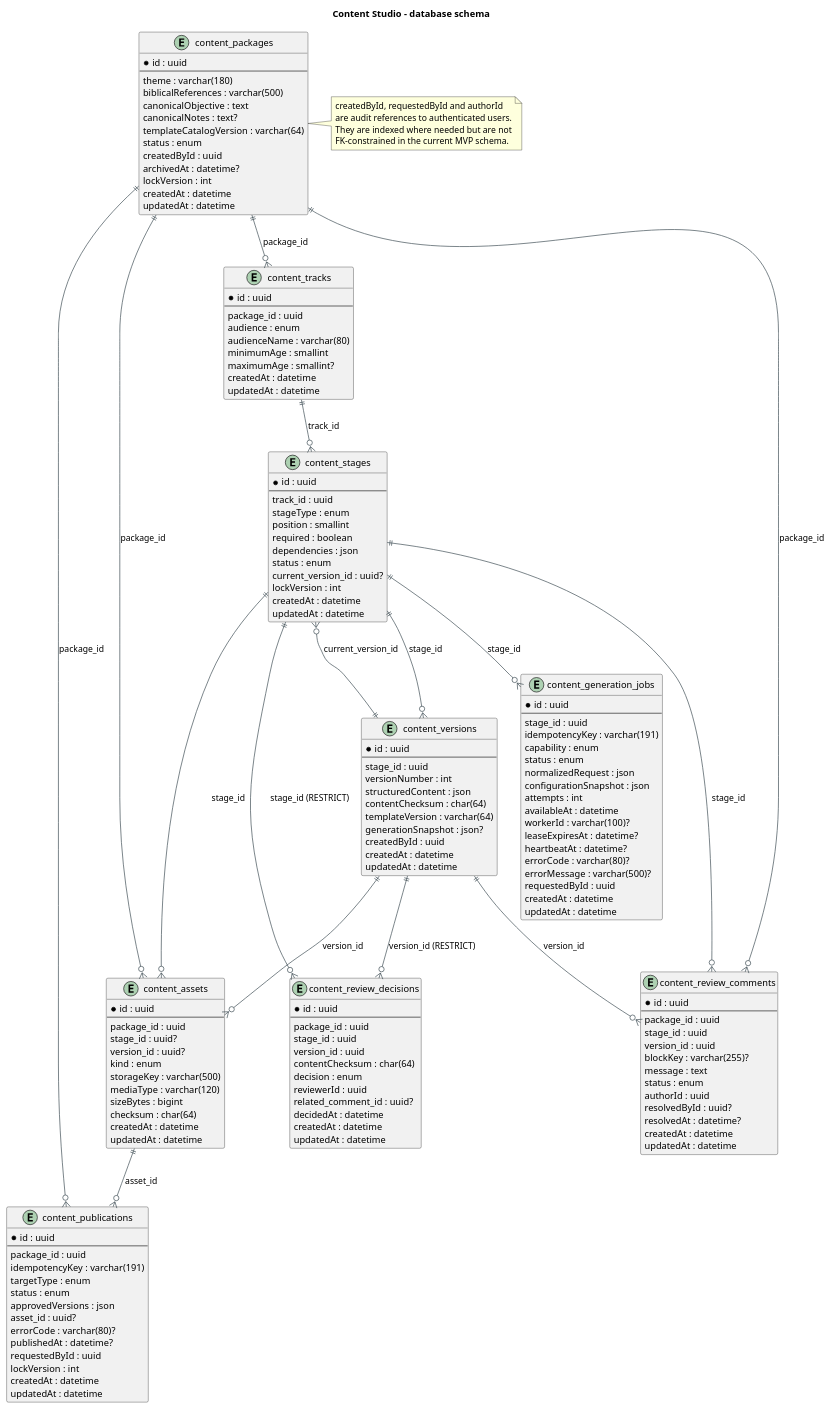
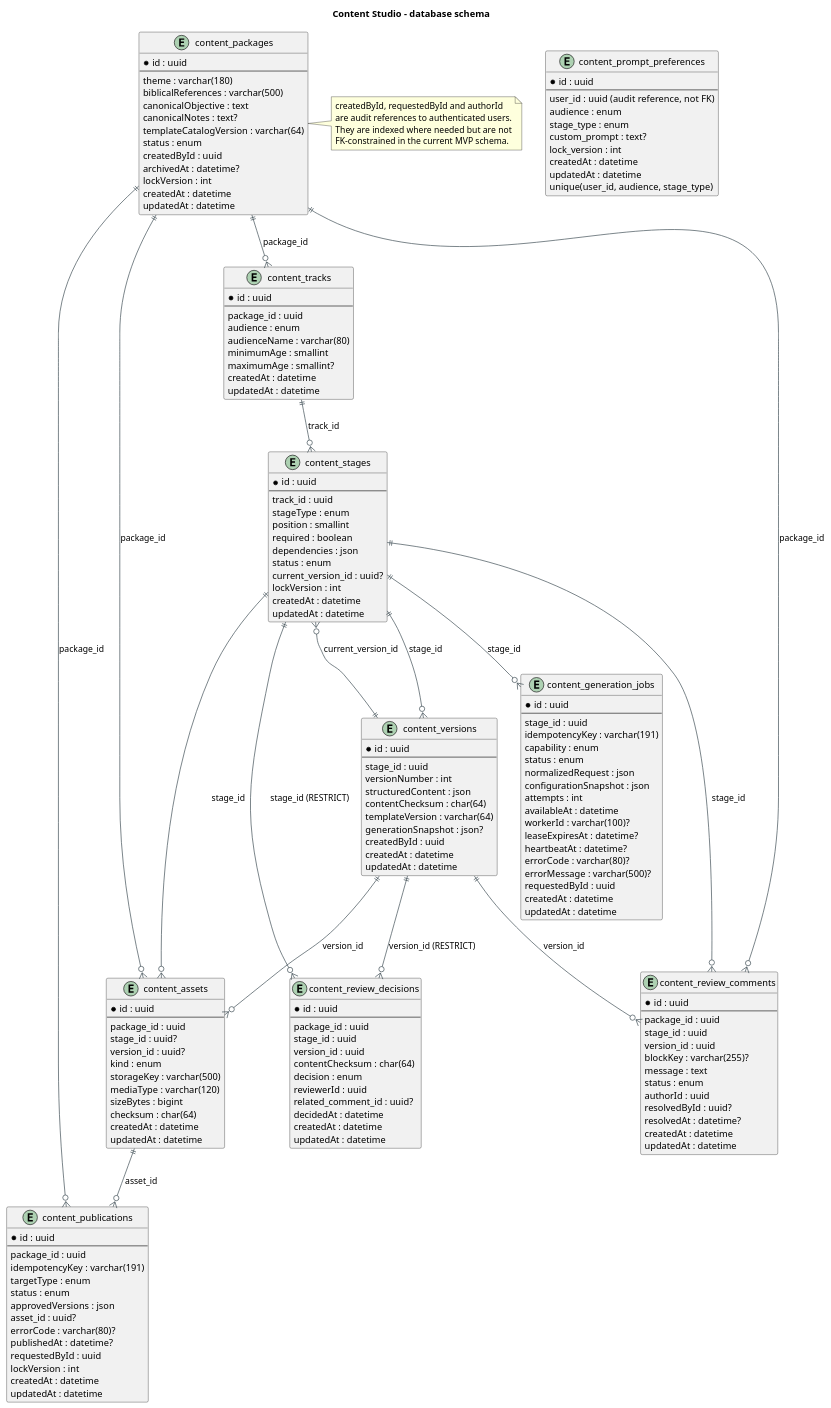
One commit to orfanatonib/orfanatonib-api changed the diagram in docs/diagrams/database/content-studio-schema.puml. Above: the diagram before and after it, drawn with PlantUML. The commit also changed 18 other files, not shown here.

```diff
--- a/docs/diagrams/database/content-studio-schema.puml
+++ b/docs/diagrams/database/content-studio-schema.puml
@@ -1,173 +1,186 @@
 @startuml content-studio-schema
 title Content Studio - database schema
 
 skinparam shadowing false
 skinparam defaultFontName Helvetica
 skinparam ArrowColor #37474F
 skinparam EntityBorderColor #37474F
 
 entity "content_packages" as packages {
   * id : uuid
   --
   theme : varchar(180)
   biblicalReferences : varchar(500)
   canonicalObjective : text
   canonicalNotes : text?
   templateCatalogVersion : varchar(64)
   status : enum
   createdById : uuid
   archivedAt : datetime?
   lockVersion : int
   createdAt : datetime
   updatedAt : datetime
 }
 
 entity "content_tracks" as tracks {
   * id : uuid
   --
   package_id : uuid
   audience : enum
   audienceName : varchar(80)
   minimumAge : smallint
   maximumAge : smallint?
   createdAt : datetime
   updatedAt : datetime
 }
 
 entity "content_stages" as stages {
   * id : uuid
   --
   track_id : uuid
   stageType : enum
   position : smallint
   required : boolean
   dependencies : json
   status : enum
   current_version_id : uuid?
   lockVersion : int
   createdAt : datetime
   updatedAt : datetime
 }
 
 entity "content_versions" as versions {
   * id : uuid
   --
   stage_id : uuid
   versionNumber : int
   structuredContent : json
   contentChecksum : char(64)
   templateVersion : varchar(64)
   generationSnapshot : json?
   createdById : uuid
   createdAt : datetime
   updatedAt : datetime
 }
 
 entity "content_generation_jobs" as jobs {
   * id : uuid
   --
   stage_id : uuid
   idempotencyKey : varchar(191)
   capability : enum
   status : enum
   normalizedRequest : json
   configurationSnapshot : json
   attempts : int
   availableAt : datetime
   workerId : varchar(100)?
   leaseExpiresAt : datetime?
   heartbeatAt : datetime?
   errorCode : varchar(80)?
   errorMessage : varchar(500)?
   requestedById : uuid
   createdAt : datetime
   updatedAt : datetime
 }
 
 entity "content_assets" as assets {
   * id : uuid
   --
   package_id : uuid
   stage_id : uuid?
   version_id : uuid?
   kind : enum
   storageKey : varchar(500)
   mediaType : varchar(120)
   sizeBytes : bigint
   checksum : char(64)
   createdAt : datetime
   updatedAt : datetime
 }
 
 entity "content_review_comments" as comments {
   * id : uuid
   --
   package_id : uuid
   stage_id : uuid
   version_id : uuid
   blockKey : varchar(255)?
   message : text
   status : enum
   authorId : uuid
   resolvedById : uuid?
   resolvedAt : datetime?
   createdAt : datetime
   updatedAt : datetime
 }
 
 entity "content_review_decisions" as decisions {
   * id : uuid
   --
   package_id : uuid
   stage_id : uuid
   version_id : uuid
   contentChecksum : char(64)
   decision : enum
   reviewerId : uuid
   related_comment_id : uuid?
   decidedAt : datetime
   createdAt : datetime
   updatedAt : datetime
 }
 
 entity "content_publications" as publications {
   * id : uuid
   --
   package_id : uuid
   idempotencyKey : varchar(191)
   targetType : enum
   status : enum
   approvedVersions : json
   asset_id : uuid?
   errorCode : varchar(80)?
   publishedAt : datetime?
   requestedById : uuid
   lockVersion : int
   createdAt : datetime
   updatedAt : datetime
 }
 
 packages ||--o{ tracks : package_id
 tracks ||--o{ stages : track_id
 stages ||--o{ versions : stage_id
 versions ||--o{ stages : current_version_id
 stages ||--o{ jobs : stage_id
 packages ||--o{ assets : package_id
 stages ||--o{ assets : stage_id
 versions ||--o{ assets : version_id
 packages ||--o{ comments : package_id
+entity "content_prompt_preferences" as promptprefs {
+  * id : uuid
+  --
+  user_id : uuid (audit reference, not FK)
+  audience : enum
+  stage_type : enum
+  custom_prompt : text?
+  lock_version : int
+  createdAt : datetime
+  updatedAt : datetime
+  unique(user_id, audience, stage_type)
+}
+
 stages ||--o{ comments : stage_id
 versions ||--o{ comments : version_id
 stages ||--o{ decisions : stage_id (RESTRICT)
 versions ||--o{ decisions : version_id (RESTRICT)
 packages ||--o{ publications : package_id
 assets ||--o{ publications : asset_id
 
 note right of packages
   createdById, requestedById and authorId
   are audit references to authenticated users.
   They are indexed where needed but are not
   FK-constrained in the current MVP schema.
 end note
 
 @enduml
```
